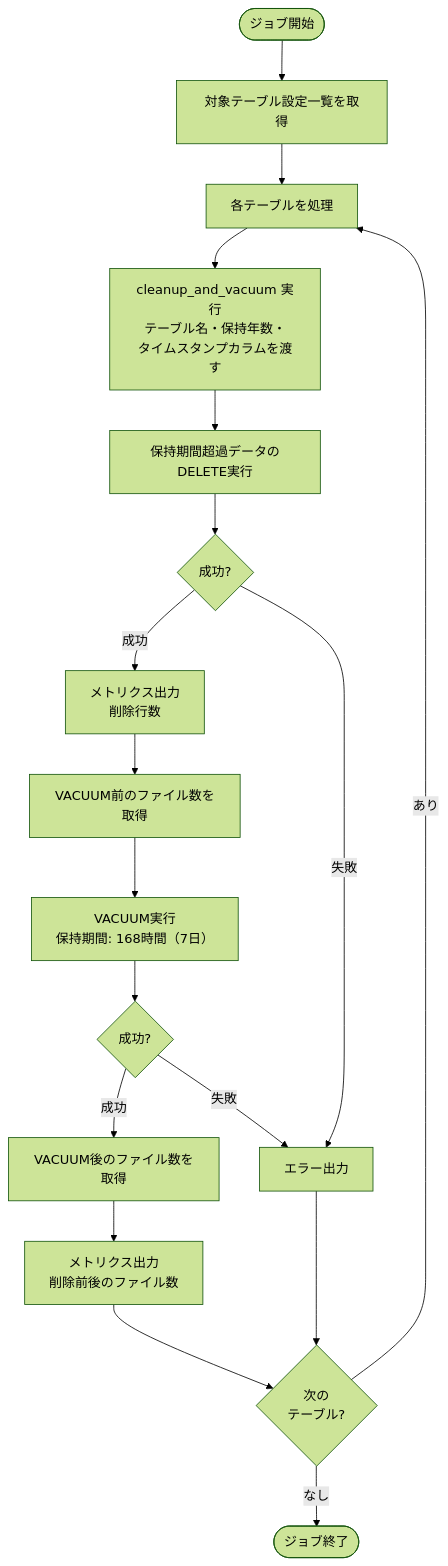
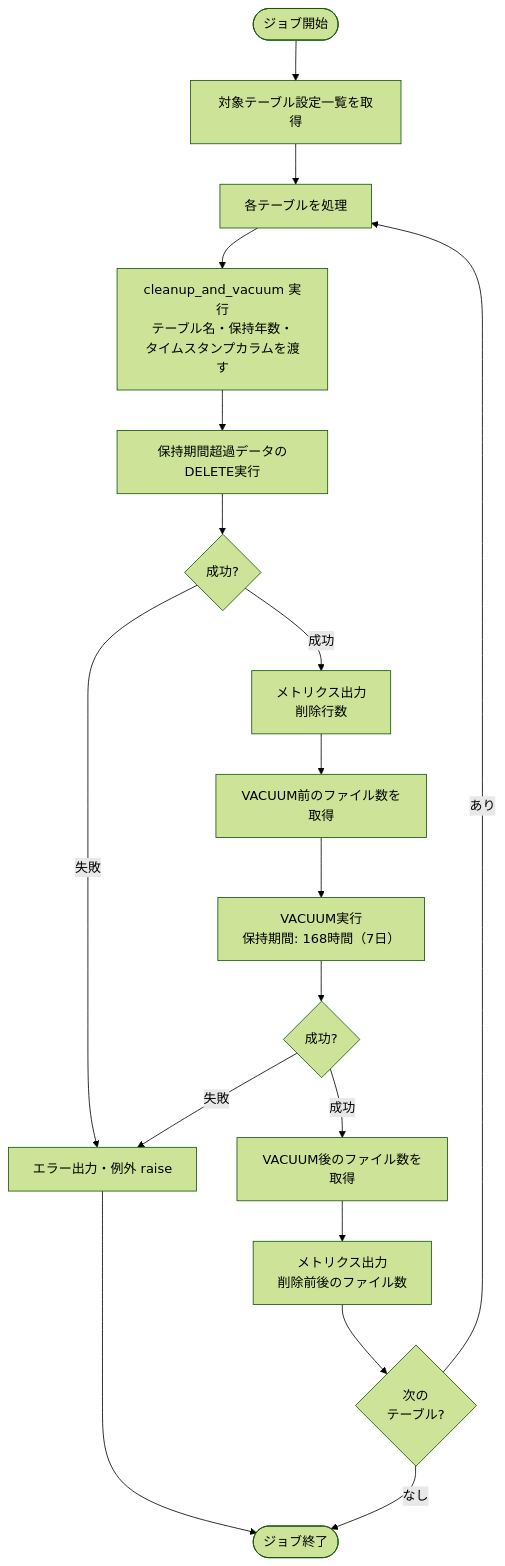
Before and after one commit to NSW-SVCP-AIWG002/Databricks-IoT: the second of 3 diagrams in docs/03-features/batch/optimization/job-specification.md, drawn with Mermaid (forest theme). The commit also changed other lines of this file and 3 other files, not shown here.

````diff
--- a/docs/03-features/batch/optimization/job-specification.md
+++ b/docs/03-features/batch/optimization/job-specification.md
@@ -180,26 +181,26 @@
 ```mermaid
 flowchart TD
     Start([ジョブ開始]) --> GetTables[対象テーブル設定一覧を取得]
     GetTables --> Loop[各テーブルを処理]
 
     Loop --> Cleanup[cleanup_and_vacuum 実行<br>テーブル名・保持年数・<br>タイムスタンプカラムを渡す]
     Cleanup --> Delete[保持期間超過データのDELETE実行]
     Delete --> DeleteResult{成功?}
 
     DeleteResult -->|成功| DeleteMetrics[メトリクス出力<br>削除行数]
-    DeleteResult -->|失敗| Error[エラー出力]
+    DeleteResult -->|失敗| Error[エラー出力・例外 raise]
 
     DeleteMetrics --> Before[VACUUM前のファイル数を取得]
     Before --> Vacuum[VACUUM実行<br>保持期間: 168時間（7日）]
     Vacuum --> VacuumResult{成功?}
 
     VacuumResult -->|成功| After[VACUUM後のファイル数を取得]
     After --> Metrics[メトリクス出力<br>削除前後のファイル数]
     VacuumResult -->|失敗| Error
 
     Metrics --> Next{次の<br>テーブル?}
-    Error --> Next
+    Error --> End
 
     Next -->|あり| Loop
     Next -->|なし| End([ジョブ終了])
 ```
````
